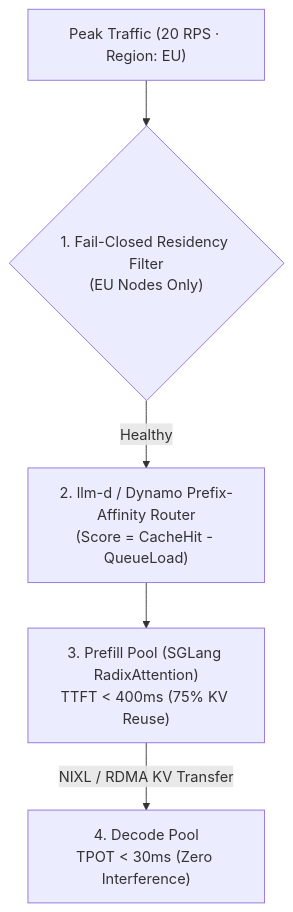
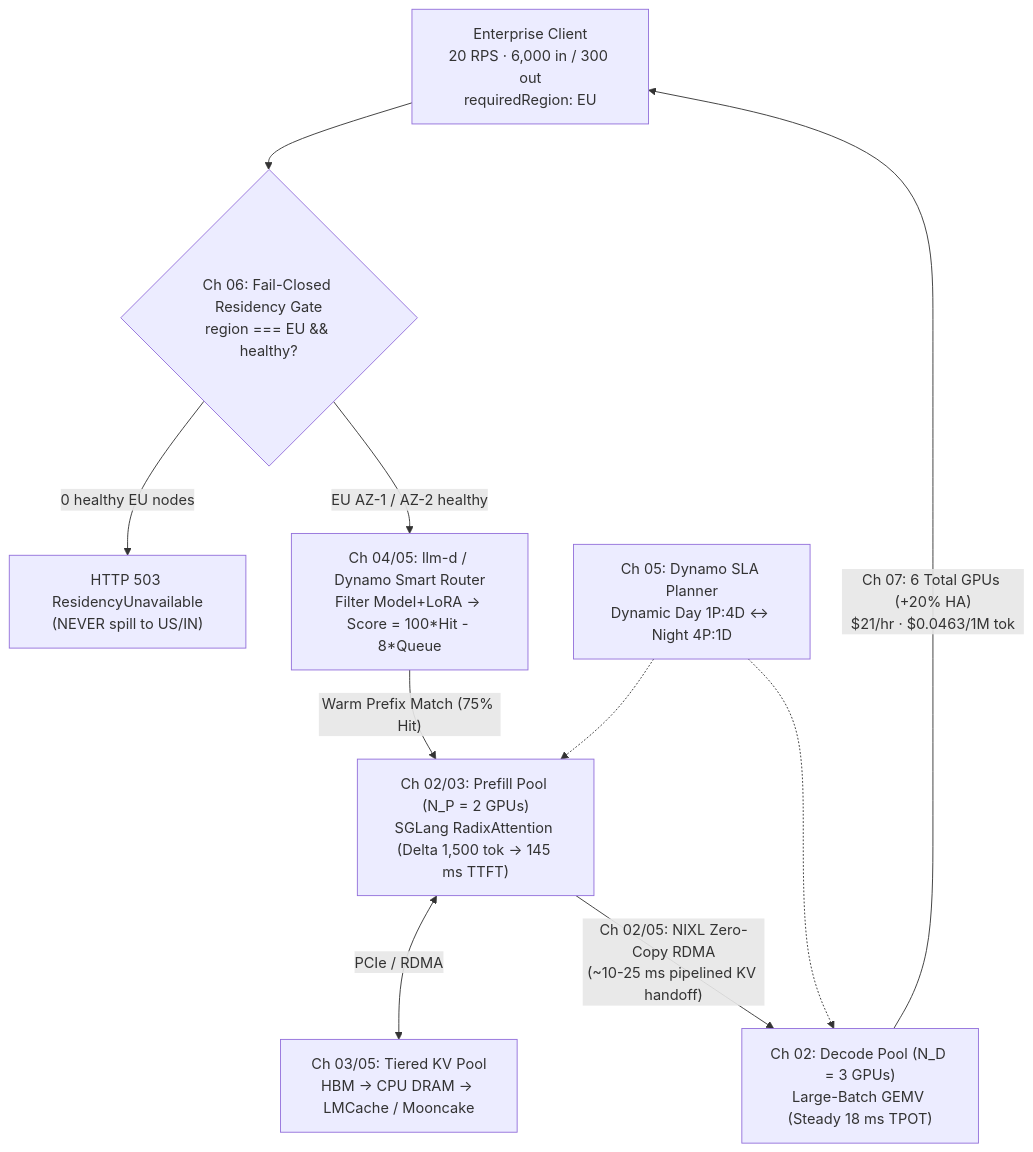
Before and after one commit to Amie-dev/FDE-and-GenAI-Mastery: the diagram in Lecture 40 - Distributed Inference SGLang llm-d and Dynamo/notes/Lecture_40_Complete_Notes.md, drawn with Mermaid. The commit also changed other lines of this file and 13 other files, not shown here.

Commit message:
Refactor Lecture 44 and Lecture 45 notes for clarity and depth; enhance structure with executive summaries, chapter-by-chapter revisions, and detailed cheat sheets. Update diagrams to reflect improved architecture and flow, emphasizing security measures and identity management protocols.

````diff
--- a/Lecture 40 - Distributed Inference SGLang llm-d and Dynamo/notes/Lecture_40_Complete_Notes.md
+++ b/Lecture 40 - Distributed Inference SGLang llm-d and Dynamo/notes/Lecture_40_Complete_Notes.md
@@ -33,7 +34,12 @@
 ```mermaid
 flowchart TD
-    Req["Peak Traffic (20 RPS · Region: EU)"] --> Res{"1. Fail-Closed Residency Filter<br/>(EU Nodes Only)"}
-    Res -->|"Healthy"| Router["2. llm-d / Dynamo Prefix-Affinity Router<br/>(Score = CacheHit - QueueLoad)"]
-    Router --> P["3. Prefill Pool (SGLang RadixAttention)<br/>TTFT < 400ms (75% KV Reuse)"]
-    P -->|"NIXL / RDMA KV Transfer"| D["4. Decode Pool<br/>TPOT < 30ms (Zero Interference)"]
+    Client["Enterprise Client<br/>20 RPS · 6,000 in / 300 out<br/>requiredRegion: EU"] --> Res{"Ch 06: Fail-Closed Residency Gate<br/>region === EU && healthy?"}
+    Res -->|"0 healthy EU nodes"| Fail["HTTP 503 ResidencyUnavailable<br/>(NEVER spill to US/IN)"]
+    Res -->|"EU AZ-1 / AZ-2 healthy"| Router["Ch 04/05: llm-d / Dynamo Smart Router<br/>Filter Model+LoRA -> Score = 100*Hit - 8*Queue"]
+    Router -->|"Warm Prefix Match (75% Hit)"| P["Ch 02/03: Prefill Pool (N_P = 2 GPUs)<br/>SGLang RadixAttention (Delta 1,500 tok -> 145 ms TTFT)"]
+    P <-->|"PCIe / RDMA"| KV["Ch 03/05: Tiered KV Pool<br/>HBM -> CPU DRAM -> LMCache / Mooncake"]
+    P -->|"Ch 02/05: NIXL Zero-Copy RDMA<br/>(~10-25 ms pipelined KV handoff)"| D["Ch 02: Decode Pool (N_D = 3 GPUs)<br/>Large-Batch GEMV (Steady 18 ms TPOT)"]
+    Planner["Ch 05: Dynamo SLA Planner<br/>Dynamic Day 1P:4D <-> Night 4P:1D"] -.-> P
+    Planner -.-> D
+    D -->|"Ch 07: 6 Total GPUs (+20% HA)<br/>$21/hr · $0.0463/1M tok"| Client
 ```
````
